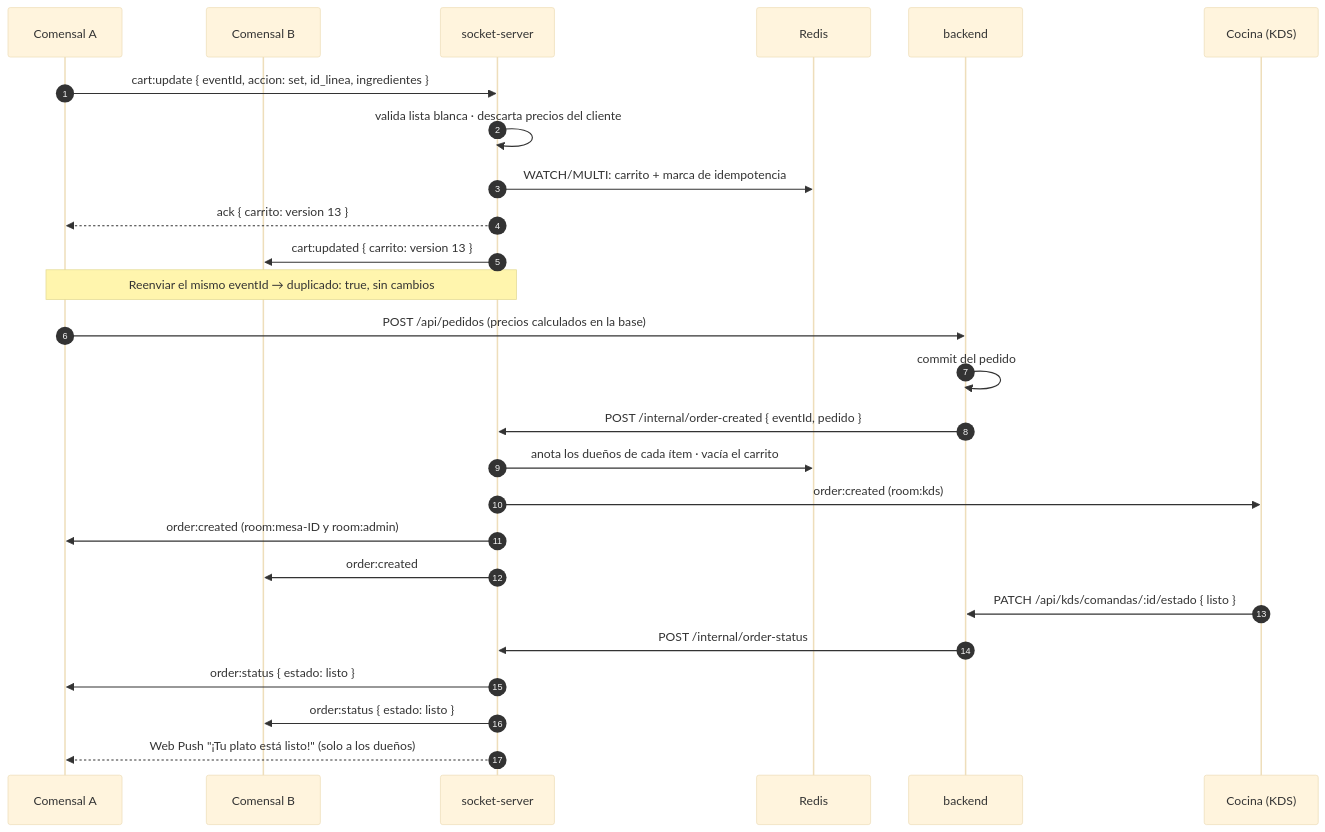
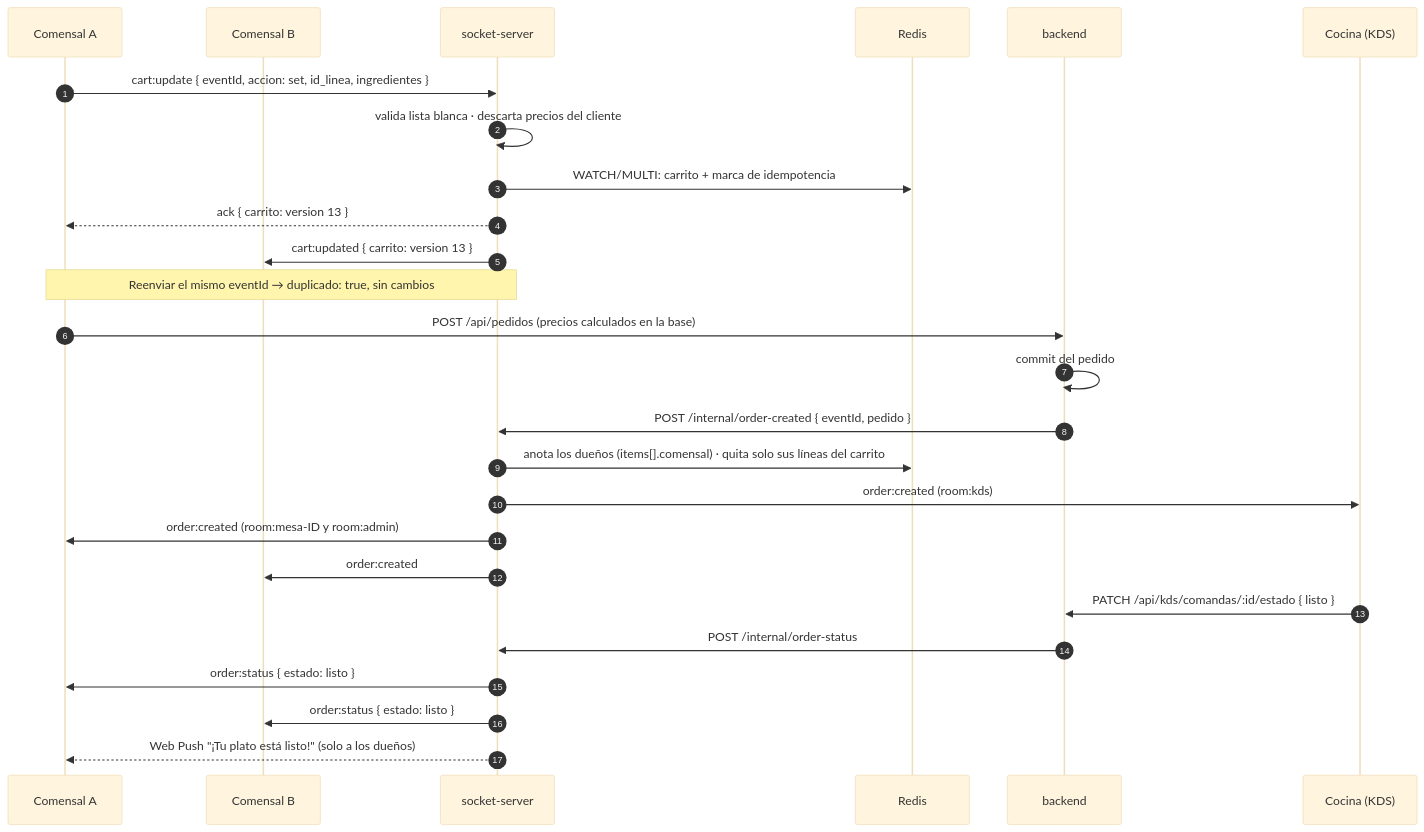
The second of 4 diagrams in socket-server/README.md (jdavidpulgarin/smartdining), drawn with Mermaid (base theme) before and after one commit. The commit also changed 7 other files, not shown here.

First line of the commit message:
fix(socket): order:created quita solo las líneas de quien pidió

````diff
--- a/socket-server/README.md
+++ b/socket-server/README.md
@@ -125,28 +125,28 @@
 ```mermaid
 sequenceDiagram
   autonumber
   participant A as Comensal A
   participant Z as Comensal B
   participant S as socket-server
   participant R as Redis
   participant B as backend
   participant K as Cocina (KDS)
   A->>S: cart:update { eventId, accion: set, id_linea, ingredientes }
   S->>S: valida lista blanca · descarta precios del cliente
   S->>R: WATCH/MULTI: carrito + marca de idempotencia
   S-->>A: ack { carrito: version 13 }
   S->>Z: cart:updated { carrito: version 13 }
   Note over A,S: Reenviar el mismo eventId → duplicado: true, sin cambios
   A->>B: POST /api/pedidos (precios calculados en la base)
   B->>B: commit del pedido
   B->>S: POST /internal/order-created { eventId, pedido }
-  S->>R: anota los dueños de cada ítem · vacía el carrito
+  S->>R: anota los dueños (items[].comensal) · quita solo sus líneas del carrito
   S->>K: order:created (room:kds)
   S->>A: order:created (room:mesa-ID y room:admin)
   S->>Z: order:created
   K->>B: PATCH /api/kds/comandas/:id/estado { listo }
   B->>S: POST /internal/order-status
   S->>A: order:status { estado: listo }
   S->>Z: order:status { estado: listo }
   S-->>A: Web Push "¡Tu plato está listo!" (solo a los dueños)
 ```
````
